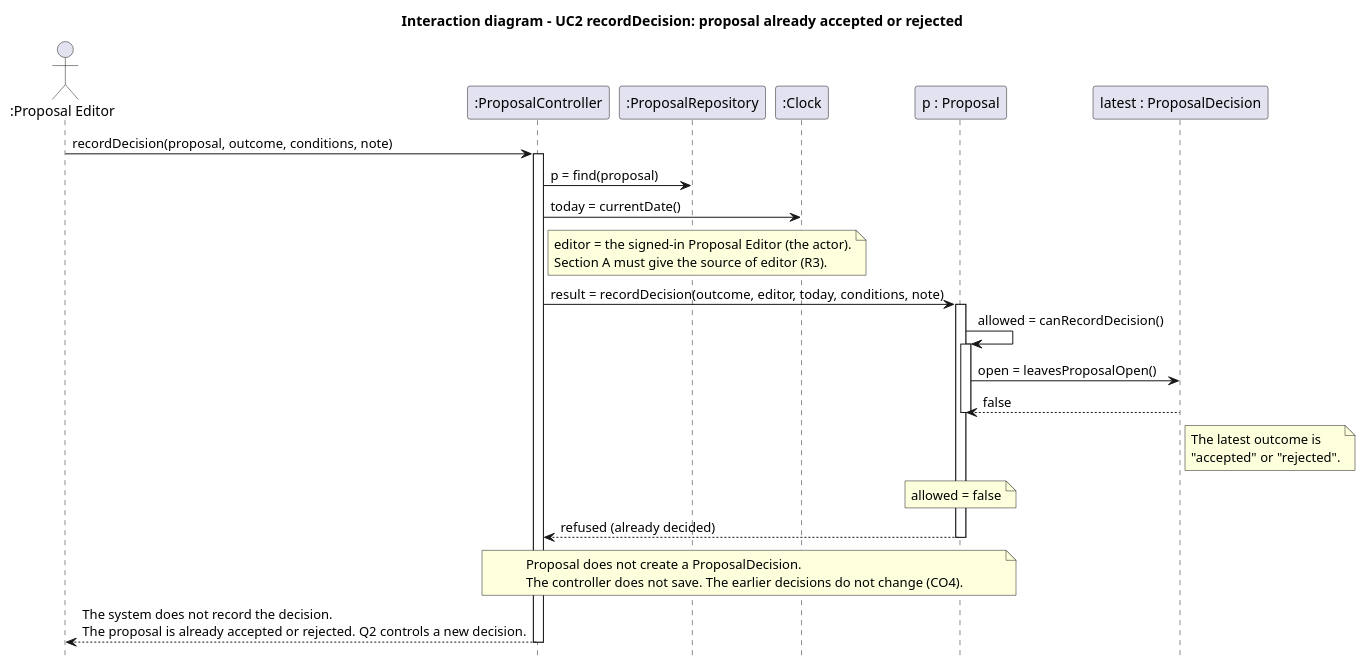
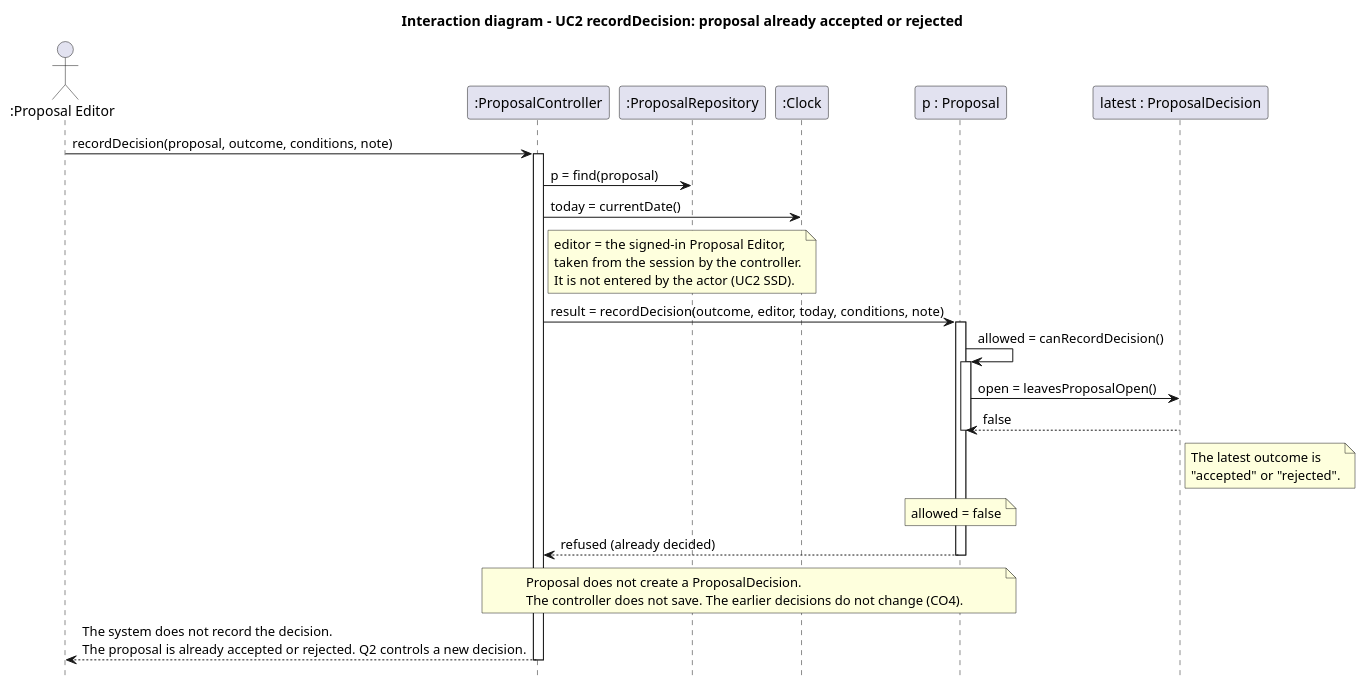
Before and after one commit to Rani-Wheeza/Local-Podcast-Production-Service: the diagram in CA 2/Diagrams/Object_Interaction_Diagrams/OID_UC2_AlreadyDecided.puml, drawn with PlantUML. The commit also changed 5 other files, not shown here.

```diff
--- a/CA 2/Diagrams/Object_Interaction_Diagrams/OID_UC2_AlreadyDecided.puml
+++ b/CA 2/Diagrams/Object_Interaction_Diagrams/OID_UC2_AlreadyDecided.puml
@@ -1,40 +1,41 @@
 @startuml OID_UC2_AlreadyDecided
 title Interaction diagram - UC2 recordDecision: proposal already accepted or rejected
 hide footbox
 
 ' Section A, UC2 alternatives (Arno). This diagram agrees with CO4, the Section A CRC cards (#28) and GRASP (#32).
 ' Language of notes and messages: ASD-STE100 Simplified Technical English.
 ' Scenario: CO4 controlled failure. The latest decision is "accepted" or "rejected". Q2 controls a new decision.
 actor ":Proposal Editor" as PE
 participant ":ProposalController" as PCtl
 participant ":ProposalRepository" as Repo
 participant ":Clock" as Clk
 participant "p : Proposal" as P
 participant "latest : ProposalDecision" as L
 
 PE -> PCtl : recordDecision(proposal, outcome, conditions, note)
 activate PCtl
 PCtl -> Repo : p = find(proposal)
 PCtl -> Clk : today = currentDate()
 note right of PCtl
-  editor = the signed-in Proposal Editor (the actor).
-  Section A must give the source of editor (R3).
+  editor = the signed-in Proposal Editor,
+  taken from the session by the controller.
+  It is not entered by the actor (UC2 SSD).
 end note
 PCtl -> P : result = recordDecision(outcome, editor, today, conditions, note)
 activate P
 P -> P : allowed = canRecordDecision()
 activate P
 P -> L : open = leavesProposalOpen()
 L --> P : false
 note right of L : The latest outcome is\n"accepted" or "rejected".
 deactivate P
 note over P : allowed = false
 P --> PCtl : refused (already decided)
 deactivate P
 note over PCtl, P
   Proposal does not create a ProposalDecision.
   The controller does not save. The earlier decisions do not change (CO4).
 end note
 PCtl --> PE : The system does not record the decision.\nThe proposal is already accepted or rejected. Q2 controls a new decision.
 deactivate PCtl
 @enduml
```
